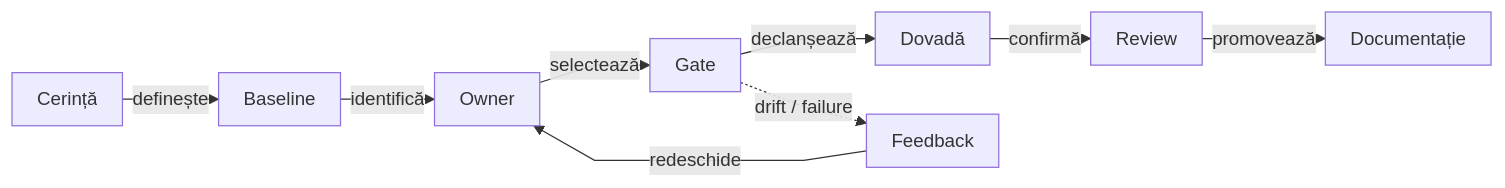
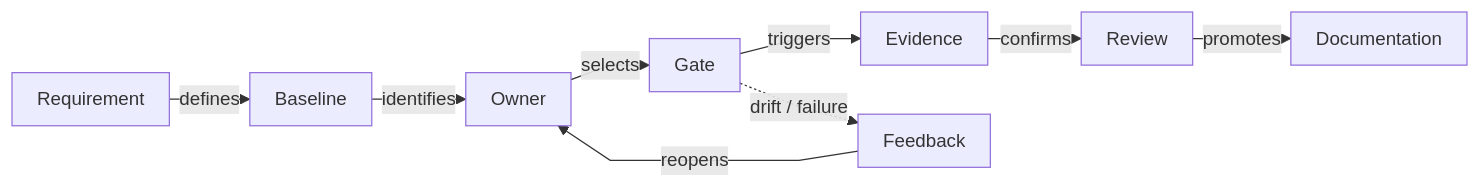
The seventh of 7 diagrams in README.md (crististefanita/atf_j1), drawn with Mermaid before and after one commit. The commit also changed other lines of this file and 83 other files, not shown here.

Commit message:
Improve J1 report evidence and bilingual documentation

````diff
--- a/README.md
+++ b/README.md
@@ -339,21 +343,21 @@
 ```mermaid
 %%{init: {"themeVariables":{"fontSize":"15px"},"themeCSS":".nodeLabel, .nodeLabel p { font-size: 15px !important; line-height: 1.35 !important; } .edgeLabel, .edgeLabel p { font-size: 12px !important; font-weight: 400 !important; line-height: 1.2 !important; } .edgeLabel .labelBkg, .edgeLabel p { background: transparent !important; } .edgeLabel foreignObject { transform: translateY(-28px); overflow: visible; } .node rect { rx: 6px; ry: 6px; }","flowchart":{"curve":"linear","nodeSpacing":24,"rankSpacing":16,"padding":10,"diagramPadding":24}}}%%
 flowchart LR
-    Request["Cerință"]
+    Request["Requirement"]
     Baseline["Baseline"]
     Owner["Owner"]
     Gate["Gate"]
-    Evidence["Dovadă"]
+    Evidence["Evidence"]
     Review["Review"]
-    Sync["Documentație"]
+    Sync["Documentation"]
     Feedback["Feedback"]
 
-    Request -->|definește| Baseline
-    Baseline -->|identifică| Owner
-    Owner -->|selectează| Gate
-    Gate -->|declanșează| Evidence
-    Evidence -->|confirmă| Review
-    Review -->|promovează| Sync
+    Request -->|defines| Baseline
+    Baseline -->|identifies| Owner
+    Owner -->|selects| Gate
+    Gate -->|triggers| Evidence
+    Evidence -->|confirms| Review
+    Review -->|promotes| Sync
     Gate -. drift / failure .-> Feedback
-    Feedback -->|redeschide| Owner
+    Feedback -->|reopens| Owner
 ```
````
